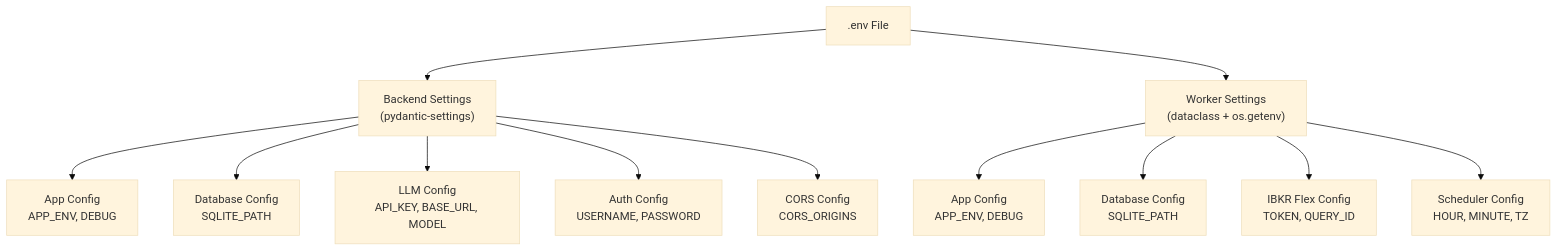
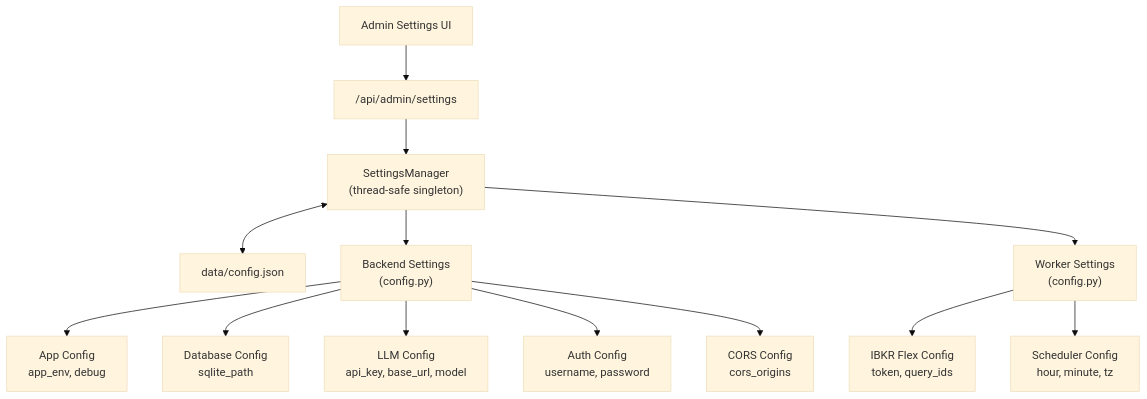
Before and after one commit to XUranus/ibkr-dash: the fifth of 5 diagrams in docs/docs/architecture/tech-stack.md, drawn with Mermaid (base theme). The commit also changed other lines of this file and 152 other files, not shown here.

First line of the commit message:
chore: remove .env system, migrate docs to JSON config

````diff
--- a/docs/docs/architecture/tech-stack.md
+++ b/docs/docs/architecture/tech-stack.md
@@ -746,16 +744,18 @@
 ```mermaid
 flowchart TD
-    EnvFile[".env File"] --> BackendSettings["Backend Settings<br/>(pydantic-settings)"]
-    EnvFile --> WorkerSettings["Worker Settings<br/>(dataclass + os.getenv)"]
+    UI["Admin Settings UI"] --> API["/api/admin/settings"]
+    API --> SM["SettingsManager<br/>(thread-safe singleton)"]
+    SM <--> JSON["data/config.json"]
 
-    BackendSettings --> AppConfig["App Config<br/>APP_ENV, DEBUG"]
-    BackendSettings --> DBConfig["Database Config<br/>SQLITE_PATH"]
-    BackendSettings --> LLMConfig["LLM Config<br/>API_KEY, BASE_URL, MODEL"]
-    BackendSettings --> AuthConfig["Auth Config<br/>USERNAME, PASSWORD"]
-    BackendSettings --> CORSConfig["CORS Config<br/>CORS_ORIGINS"]
+    SM --> BackendSettings["Backend Settings<br/>(config.py)"]
+    SM --> WorkerSettings["Worker Settings<br/>(config.py)"]
 
-    WorkerSettings --> WorkerAppConfig["App Config<br/>APP_ENV, DEBUG"]
-    WorkerSettings --> WorkerDBConfig["Database Config<br/>SQLITE_PATH"]
-    WorkerSettings --> FlexConfig["IBKR Flex Config<br/>TOKEN, QUERY_ID"]
-    WorkerSettings --> SchedConfig["Scheduler Config<br/>HOUR, MINUTE, TZ"]
+    BackendSettings --> AppConfig["App Config<br/>app_env, debug"]
+    BackendSettings --> DBConfig["Database Config<br/>sqlite_path"]
+    BackendSettings --> LLMConfig["LLM Config<br/>api_key, base_url, model"]
+    BackendSettings --> AuthConfig["Auth Config<br/>username, password"]
+    BackendSettings --> CORSConfig["CORS Config<br/>cors_origins"]
+
+    WorkerSettings --> FlexConfig["IBKR Flex Config<br/>token, query_ids"]
+    WorkerSettings --> SchedConfig["Scheduler Config<br/>hour, minute, tz"]
 ```
````
